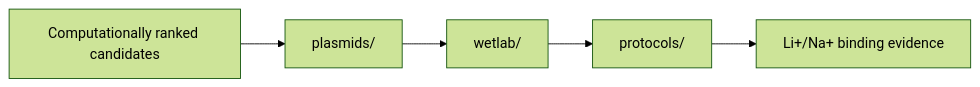
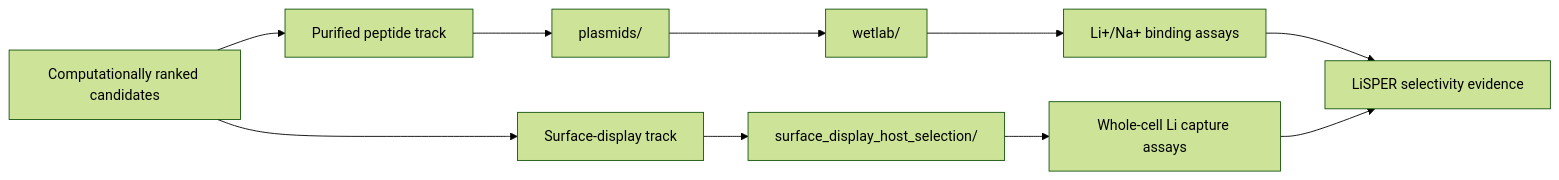
One commit to jackyissocute/LiSPER changed the diagram in 02_experimental_validation/README.md. Above: the diagram before and after it, drawn with Mermaid (forest theme). The commit also changed other lines of this file and 24 other files, not shown here.

````diff
--- a/02_experimental_validation/README.md
+++ b/02_experimental_validation/README.md
@@ -5,7 +5,12 @@
 ```mermaid
 flowchart LR
-    A["Computationally ranked candidates"] --> B["plasmids/"]
-    B --> C["wetlab/"]
-    C --> D["protocols/"]
-    D --> E["Li+/Na+ binding evidence"]
+    A["Computationally ranked candidates"] --> B["Purified peptide track"]
+    A --> C["Surface-display track"]
+    B --> D["plasmids/"]
+    D --> E["wetlab/"]
+    E --> F["Li+/Na+ binding assays"]
+    C --> G["surface_display_host_selection/"]
+    G --> H["Whole-cell Li capture assays"]
+    F --> I["LiSPER selectivity evidence"]
+    H --> I
 ```
````
